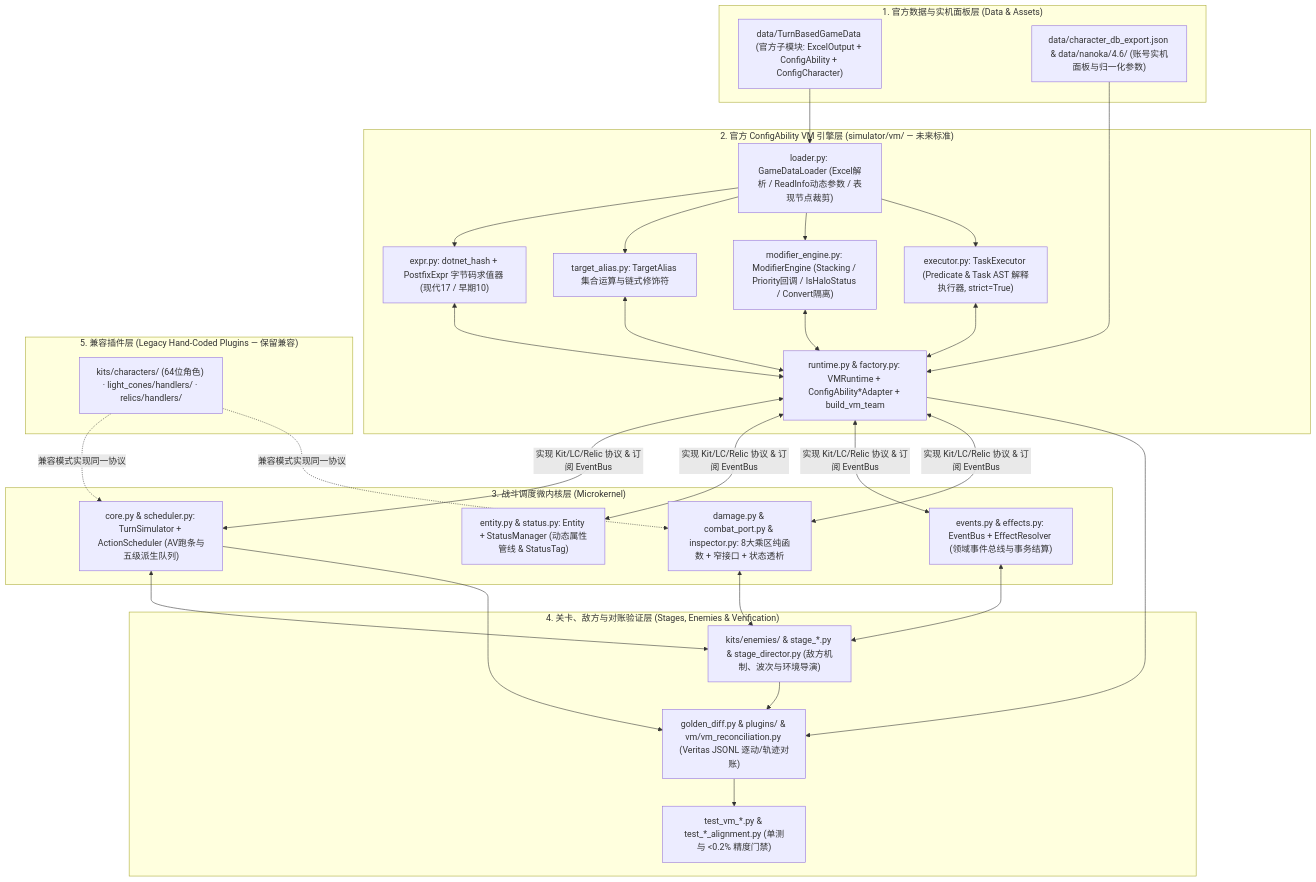
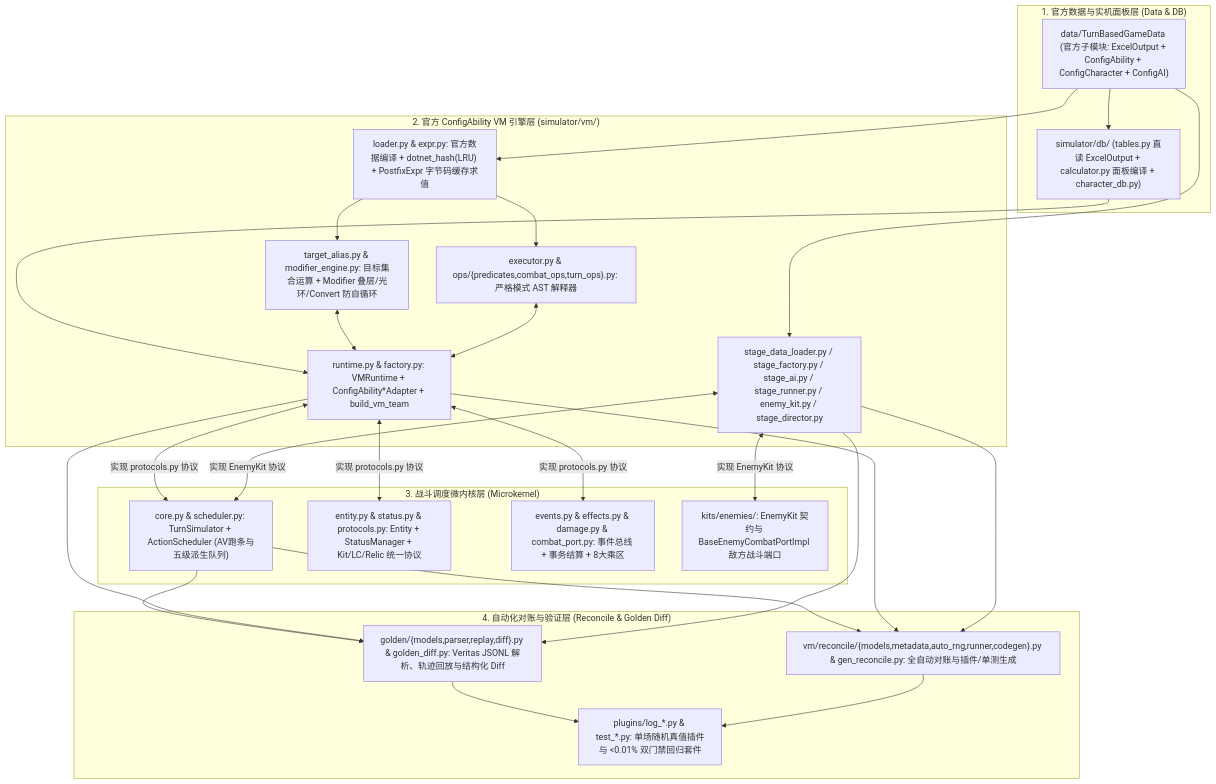
Before and after one commit to sagirisensee/StarRail-Combat-Simulator: the diagram in README.md, drawn with Mermaid. The commit also changed other lines of this file and 197 other files, not shown here.

Commit message:
refactor(vm): pure data-driven ConfigAbility VM architecture, 041608 0.0000% alignment, modular splits, and official ExcelOutput DB

````diff
--- a/README.md
+++ b/README.md
@@ -16,42 +16,36 @@
 ```mermaid
 flowchart TB
-    subgraph L1 ["1. 官方数据与实机面板层 (Data & Assets)"]
-        D1["data/TurnBasedGameData (官方子模块: ExcelOutput + ConfigAbility + ConfigCharacter)"]
-        D2["data/character_db_export.json & data/nanoka/4.6/ (账号实机面板与归一化参数)"]
+    subgraph L1 ["1. 官方数据与实机面板层 (Data & DB)"]
+        D1["data/TurnBasedGameData (官方子模块: ExcelOutput + ConfigAbility + ConfigCharacter + ConfigAI)"]
+        D2["simulator/db/ (tables.py 直读 ExcelOutput + calculator.py 面板编译 + character_db.py)"]
     end
 
-    subgraph L2 ["2. 官方 ConfigAbility VM 引擎层 (simulator/vm/ — 未来标准)"]
-        V1["loader.py: GameDataLoader (Excel解析 / ReadInfo动态参数 / 表现节点裁剪)"]
-        V2["expr.py: dotnet_hash + PostfixExpr 字节码求值器 (现代17 / 早期10)"]
-        V3["target_alias.py: TargetAlias 集合运算与链式修饰符"]
-        V4["modifier_engine.py: ModifierEngine (Stacking / Priority回调 / IsHaloStatus / Convert隔离)"]
-        V5["executor.py: TaskExecutor (Predicate & Task AST 解释执行器, strict=True)"]
-        V6["runtime.py & factory.py: VMRuntime + ConfigAbility*Adapter + build_vm_team"]
+    subgraph L2 ["2. 官方 ConfigAbility VM 引擎层 (simulator/vm/)"]
+        V1["loader.py & expr.py: 官方数据编译 + dotnet_hash(LRU) + PostfixExpr 字节码缓存求值"]
+        V2["target_alias.py & modifier_engine.py: 目标集合运算 + Modifier 叠层/光环/Convert 防自循环"]
+        V3["executor.py & ops/{predicates,combat_ops,turn_ops}.py: 严格模式 AST 解释器"]
+        V4["runtime.py & factory.py: VMRuntime + ConfigAbility*Adapter + build_vm_team"]
+        V5["stage_data_loader.py / stage_factory.py / stage_ai.py / stage_runner.py / enemy_kit.py / stage_director.py"]
     end
 
     subgraph L3 ["3. 战斗调度微内核层 (Microkernel)"]
         C1["core.py & scheduler.py: TurnSimulator + ActionScheduler (AV跑条与五级派生队列)"]
-        C2["entity.py & status.py: Entity + StatusManager (动态属性管线 & StatusTag)"]
-        C3["events.py & effects.py: EventBus + EffectResolver (领域事件总线与事务结算)"]
-        C4["damage.py & combat_port.py & inspector.py: 8大乘区纯函数 + 窄接口 + 状态透析"]
+        C2["entity.py & status.py & protocols.py: Entity + StatusManager + Kit/LC/Relic 统一协议"]
+        C3["events.py & effects.py & damage.py & combat_port.py: 事件总线 + 事务结算 + 8大乘区"]
+        C4["kits/enemies/: EnemyKit 契约与 BaseEnemyCombatPortImpl 敌方战斗端口"]
     end
 
-    subgraph L4 ["4. 关卡、敌方与对账验证层 (Stages, Enemies & Verification)"]
-        S1["kits/enemies/ & stage_*.py & stage_director.py (敌方机制、波次与环境导演)"]
-        S2["golden_diff.py & plugins/ & vm/vm_reconciliation.py (Veritas JSONL 逐动/轨迹对账)"]
-        S3["test_vm_*.py & test_*_alignment.py (单测与 <0.2% 精度门禁)"]
+    subgraph L4 ["4. 自动化对账与验证层 (Reconcile & Golden Diff)"]
+        S1["golden/{models,parser,replay,diff}.py & golden_diff.py: Veritas JSONL 解析、轨迹回放与结构化 Diff"]
+        S2["vm/reconcile/{models,metadata,auto_rng,runner,codegen}.py & gen_reconcile.py: 全自动对账与插件/单测生成"]
+        S3["plugins/log_*.py & test_*.py: 单场随机真值插件与 <0.01% 双门禁回归套件"]
     end
 
-    subgraph L5 ["5. 兼容插件层 (Legacy Hand-Coded Plugins — 保留兼容)"]
-        P1["kits/characters/ (64位角色) · light_cones/handlers/ · relics/handlers/"]
-    end
-
-    D1 --> V1
-    D2 --> V6
-    V1 --> V2 & V3 & V4 & V5
-    V2 & V3 & V4 & V5 <--> V6
-    V6 <-->|实现 Kit/LC/Relic 协议 & 订阅 EventBus| C1 & C2 & C3 & C4
-    P1 -.->|兼容模式实现同一协议| C1 & C4
-    C1 & C3 & C4 <--> S1
-    S1 & C1 & V6 --> S2 --> S3
+    D1 --> D2 & V1 & V5
+    D2 --> V4
+    V1 --> V2 & V3
+    V2 & V3 <--> V4
+    V4 <-->|实现 protocols.py 协议| C1 & C2 & C3
+    V5 <-->|实现 EnemyKit 协议| C1 & C4
+    C1 & V4 & V5 --> S1 & S2 --> S3
 ```
````
